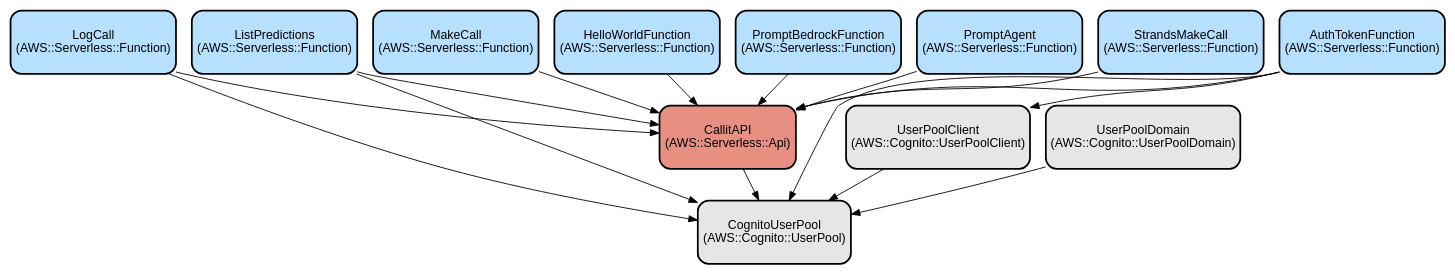
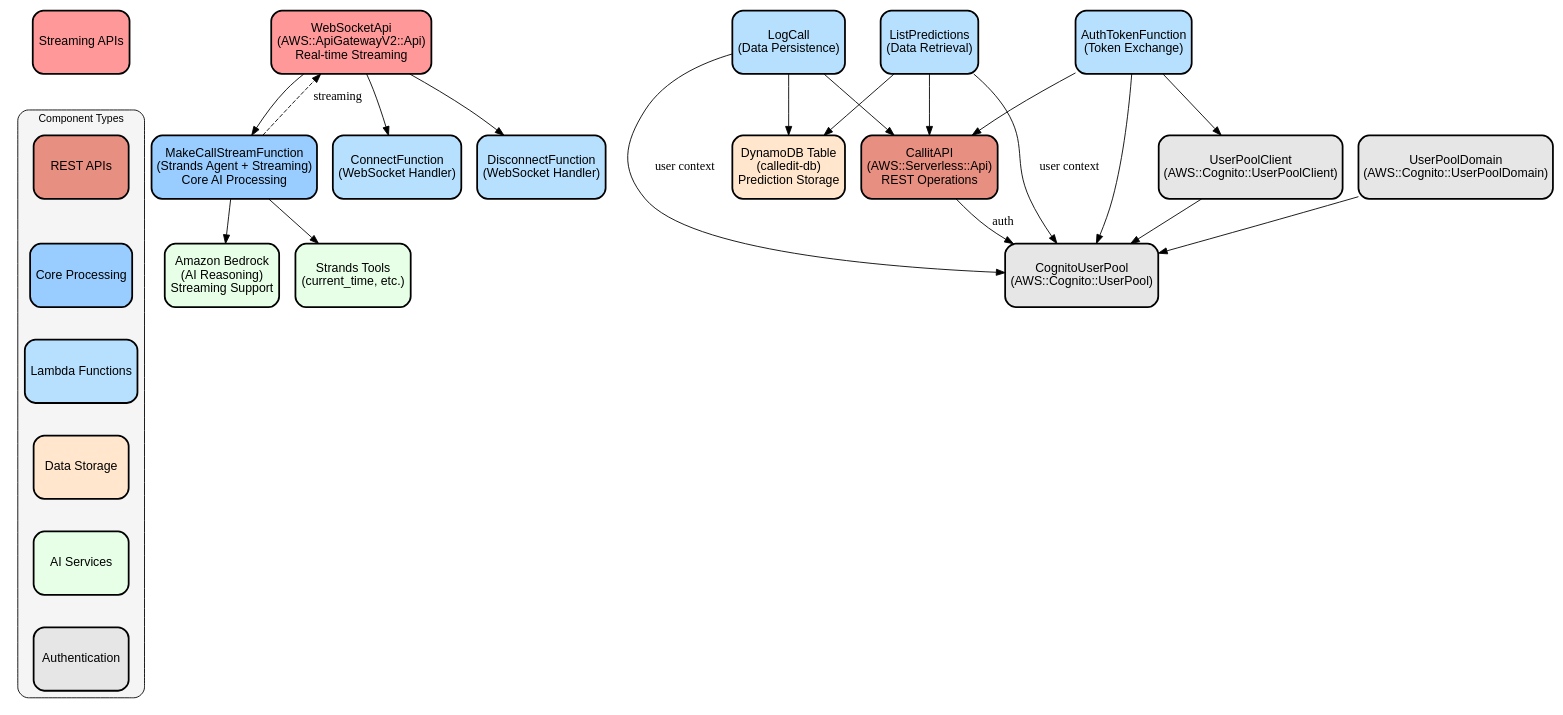
One commit to dimafarer/calledit changed the diagram in docs/infra.dot. Above: the diagram before and after it, drawn with Graphviz. The commit also changed 6 other files, not shown here.

First line of the commit message:
Add comprehensive documentation suite and update infrastructure diagram

```diff
--- a/docs/infra.dot
+++ b/docs/infra.dot
@@ -1,42 +1,76 @@
 digraph INFRA {
-  node [ color = "black", fillcolor = "#E6E6E6", height =1, style = "filled,bold,rounded", fontname = "Arial" ];
-  "CallitAPI" [ label = "CallitAPI
-(AWS::Serverless::Api)", shape =rectangle, fillcolor = "#E78F81" ];
-  "HelloWorldFunction" [ label = "HelloWorldFunction
-(AWS::Serverless::Function)", shape =rectangle, fillcolor = "#B7E0FF" ];
-  "PromptBedrockFunction" [ label = "PromptBedrockFunction
-(AWS::Serverless::Function)", shape =rectangle, fillcolor = "#B7E0FF" ];
-  "PromptAgent" [ label = "PromptAgent
-(AWS::Serverless::Function)", shape =rectangle, fillcolor = "#B7E0FF" ];
-  "StrandsMakeCall" [ label = "StrandsMakeCall
-(AWS::Serverless::Function)", shape =rectangle, fillcolor = "#B7E0FF" ];
-  "MakeCall" [ label = "MakeCall
-(AWS::Serverless::Function)", shape =rectangle, fillcolor = "#B7E0FF" ];
-  "LogCall" [ label = "LogCall
-(AWS::Serverless::Function)", shape =rectangle, fillcolor = "#B7E0FF" ];
-  "ListPredictions" [ label = "ListPredictions
-(AWS::Serverless::Function)", shape =rectangle, fillcolor = "#B7E0FF" ];
-  "AuthTokenFunction" [ label = "AuthTokenFunction
-(AWS::Serverless::Function)", shape =rectangle, fillcolor = "#B7E0FF" ];
-  "CognitoUserPool" [ label = "CognitoUserPool
-(AWS::Cognito::UserPool)", shape =rectangle ];
-  "UserPoolClient" [ label = "UserPoolClient
-(AWS::Cognito::UserPoolClient)", shape =rectangle ];
-  "UserPoolDomain" [ label = "UserPoolDomain
-(AWS::Cognito::UserPoolDomain)", shape =rectangle ];
-  "CallitAPI" -> "CognitoUserPool";
-  "HelloWorldFunction" -> "CallitAPI";
-  "PromptBedrockFunction" -> "CallitAPI";
-  "PromptAgent" -> "CallitAPI";
-  "StrandsMakeCall" -> "CallitAPI";
-  "MakeCall" -> "CallitAPI";
+  node [ color = "black", fillcolor = "#E6E6E6", height = 1, style = "filled,bold,rounded", fontname = "Arial" ];
+  
+  // Legend
+  subgraph cluster_legend {
+    label = "Component Types";
+    style = "filled,rounded";
+    fillcolor = "#F5F5F5";
+    fontname = "Arial";
+    fontsize = 12;
+    
+    "Legend_Streaming" [ label = "Streaming APIs", shape = rectangle, fillcolor = "#FF9999", width = 1.5 ];
+    "Legend_REST" [ label = "REST APIs", shape = rectangle, fillcolor = "#E78F81", width = 1.5 ];
+    "Legend_Core" [ label = "Core Processing", shape = rectangle, fillcolor = "#99CCFF", width = 1.5 ];
+    "Legend_Functions" [ label = "Lambda Functions", shape = rectangle, fillcolor = "#B7E0FF", width = 1.5 ];
+    "Legend_Database" [ label = "Data Storage", shape = rectangle, fillcolor = "#FFE6CC", width = 1.5 ];
+    "Legend_AI" [ label = "AI Services", shape = rectangle, fillcolor = "#E6FFE6", width = 1.5 ];
+    "Legend_Auth" [ label = "Authentication", shape = rectangle, fillcolor = "#E6E6E6", width = 1.5 ];
+    
+    // Arrange legend items vertically
+    "Legend_Streaming" -> "Legend_REST" -> "Legend_Core" -> "Legend_Functions" -> "Legend_Database" -> "Legend_AI" -> "Legend_Auth" [ style = "invis" ];
+  }
+  
+  // API Gateways
+  "WebSocketApi" [ label = "WebSocketApi\n(AWS::ApiGatewayV2::Api)\nReal-time Streaming", shape = rectangle, fillcolor = "#FF9999" ];
+  "CallitAPI" [ label = "CallitAPI\n(AWS::Serverless::Api)\nREST Operations", shape = rectangle, fillcolor = "#E78F81" ];
+  
+  // Production Lambda Functions
+  "MakeCallStreamFunction" [ label = "MakeCallStreamFunction\n(Strands Agent + Streaming)\nCore AI Processing", shape = rectangle, fillcolor = "#99CCFF" ];
+  "ConnectFunction" [ label = "ConnectFunction\n(WebSocket Handler)", shape = rectangle, fillcolor = "#B7E0FF" ];
+  "DisconnectFunction" [ label = "DisconnectFunction\n(WebSocket Handler)", shape = rectangle, fillcolor = "#B7E0FF" ];
+  "LogCall" [ label = "LogCall\n(Data Persistence)", shape = rectangle, fillcolor = "#B7E0FF" ];
+  "ListPredictions" [ label = "ListPredictions\n(Data Retrieval)", shape = rectangle, fillcolor = "#B7E0FF" ];
+  "AuthTokenFunction" [ label = "AuthTokenFunction\n(Token Exchange)", shape = rectangle, fillcolor = "#B7E0FF" ];
+  
+  // Authentication
+  "CognitoUserPool" [ label = "CognitoUserPool\n(AWS::Cognito::UserPool)", shape = rectangle, fillcolor = "#E6E6E6" ];
+  "UserPoolClient" [ label = "UserPoolClient\n(AWS::Cognito::UserPoolClient)", shape = rectangle, fillcolor = "#E6E6E6" ];
+  "UserPoolDomain" [ label = "UserPoolDomain\n(AWS::Cognito::UserPoolDomain)", shape = rectangle, fillcolor = "#E6E6E6" ];
+  
+  // Database
+  "DynamoDBTable" [ label = "DynamoDB Table\n(calledit-db)\nPrediction Storage", shape = rectangle, fillcolor = "#FFE6CC" ];
+  
+  // AI Services
+  "BedrockService" [ label = "Amazon Bedrock\n(AI Reasoning)\nStreaming Support", shape = rectangle, fillcolor = "#E6FFE6" ];
+  "StrandsTools" [ label = "Strands Tools\n(current_time, etc.)", shape = rectangle, fillcolor = "#E6FFE6" ];
+  
+  // WebSocket Flow (Primary)
+  "WebSocketApi" -> "ConnectFunction";
+  "WebSocketApi" -> "DisconnectFunction";
+  "WebSocketApi" -> "MakeCallStreamFunction";
+  "MakeCallStreamFunction" -> "BedrockService";
+  "MakeCallStreamFunction" -> "StrandsTools";
+  "MakeCallStreamFunction" -> "WebSocketApi" [ label = "streaming", style = "dashed" ];
+  
+  // REST API Flow
+  "CallitAPI" -> "CognitoUserPool" [ label = "auth" ];
   "LogCall" -> "CallitAPI";
-  "LogCall" -> "CognitoUserPool";
   "ListPredictions" -> "CallitAPI";
-  "ListPredictions" -> "CognitoUserPool";
   "AuthTokenFunction" -> "CallitAPI";
+  
+  // Data Persistence
+  "LogCall" -> "DynamoDBTable";
+  "ListPredictions" -> "DynamoDBTable";
+  "LogCall" -> "CognitoUserPool" [ label = "user context" ];
+  "ListPredictions" -> "CognitoUserPool" [ label = "user context" ];
+  
+  // Authentication Flow
   "AuthTokenFunction" -> "CognitoUserPool";
   "AuthTokenFunction" -> "UserPoolClient";
   "UserPoolClient" -> "CognitoUserPool";
   "UserPoolDomain" -> "CognitoUserPool";
+  
+  // Keep legend separate from main graph
+  { rank = same; "Legend_Streaming"; "WebSocketApi"; }
 }
```
